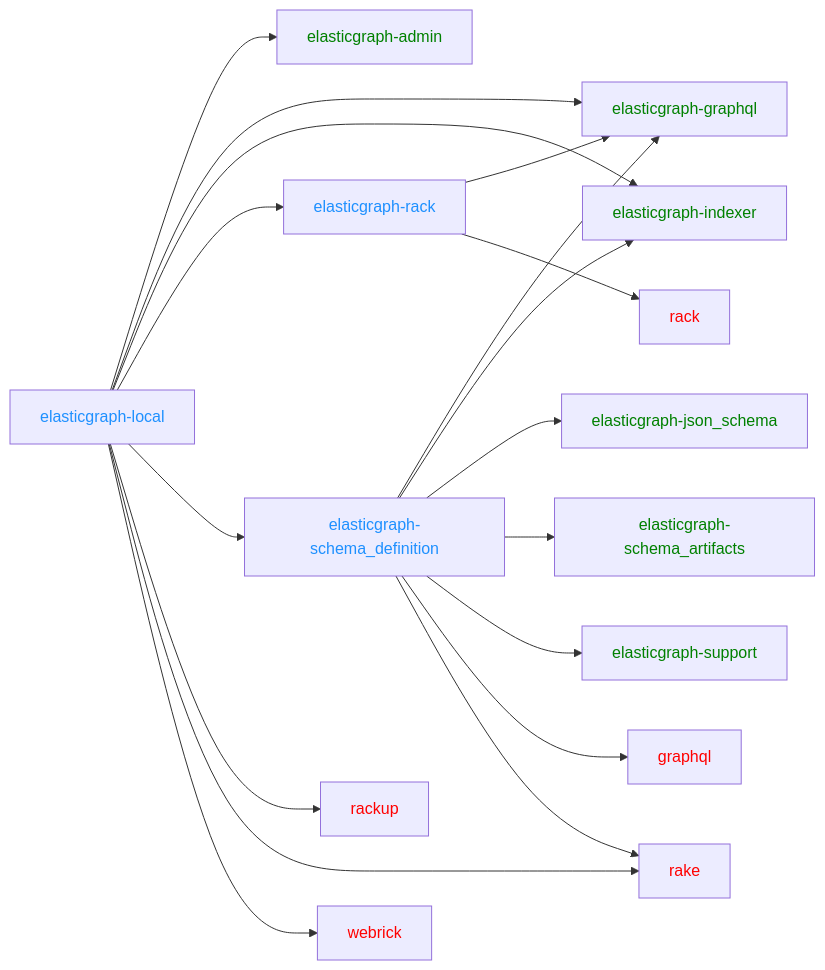
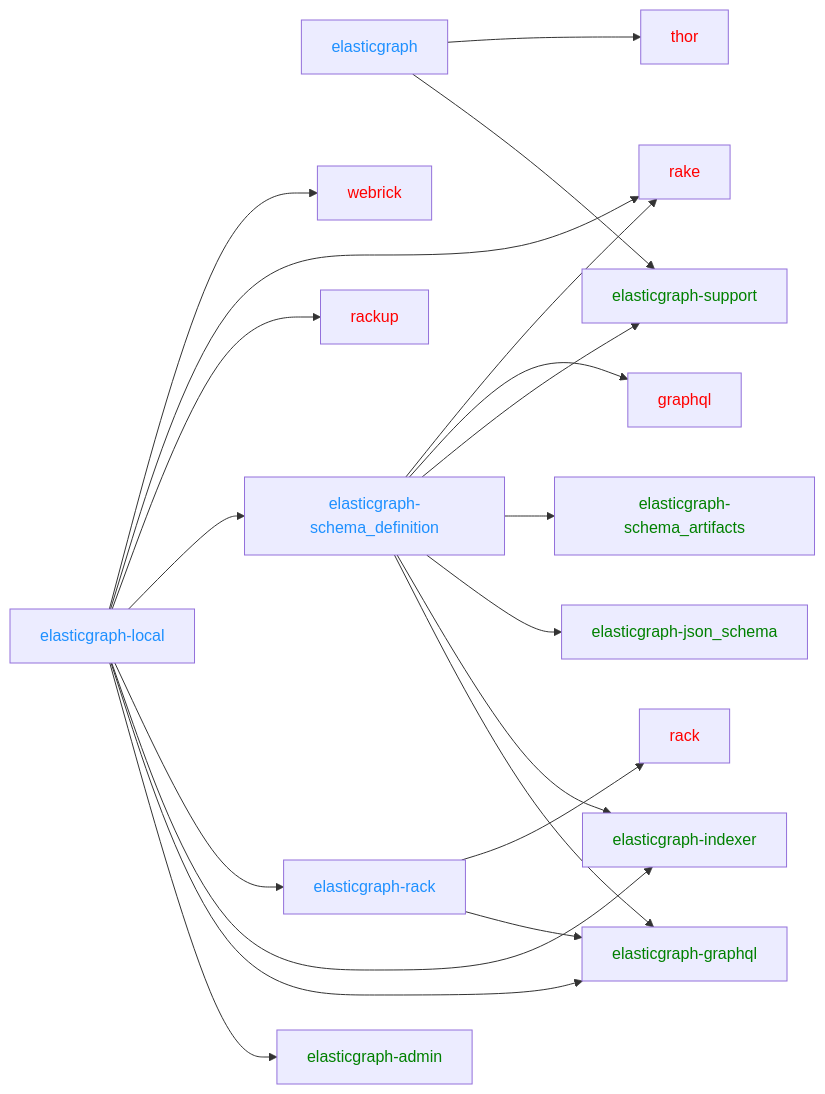
The fifth of 5 diagrams in CODEBASE_OVERVIEW.md (ciaran51/elasticgraph), drawn with Mermaid before and after one commit. The commit also changed 2 other files, not shown here.

Commit message:
Update CODEBASE_OVERVIEW.md. (#429)
- Move `elasticgraph` into the "local" category (it's not deployed to prod as it's only for bootstrapping).
- Update `script/update_codebase_overview` to ensure the output is in a consistent order.

````diff
--- a/CODEBASE_OVERVIEW.md
+++ b/CODEBASE_OVERVIEW.md
@@ -169,25 +165,29 @@
 ```mermaid
 graph LR;
+    elasticgraph --> elasticgraph-support & thor
     elasticgraph-local --> elasticgraph-admin & elasticgraph-graphql & elasticgraph-indexer & elasticgraph-rack & elasticgraph-schema_definition & rackup & rake & webrick
     elasticgraph-rack --> elasticgraph-graphql & rack
     elasticgraph-schema_definition --> elasticgraph-graphql & elasticgraph-indexer & elasticgraph-json_schema & elasticgraph-schema_artifacts & elasticgraph-support & graphql & rake
+    style elasticgraph color: DodgerBlue;
     style elasticgraph-local color: DodgerBlue;
     style elasticgraph-rack color: DodgerBlue;
     style elasticgraph-schema_definition color: DodgerBlue;
+    style elasticgraph-support color: Green;
+    style thor color: Red;
     style elasticgraph-admin color: Green;
     style elasticgraph-graphql color: Green;
     style elasticgraph-indexer color: Green;
     style rackup color: Red;
     style rake color: Red;
     style webrick color: Red;
     style rack color: Red;
     style elasticgraph-json_schema color: Green;
     style elasticgraph-schema_artifacts color: Green;
-    style elasticgraph-support color: Green;
     style graphql color: Red;
 click graphql href "https://rubygems.org/gems/graphql"
 click rack href "https://rubygems.org/gems/rack"
 click rackup href "https://rubygems.org/gems/rackup"
 click rake href "https://rubygems.org/gems/rake"
+click thor href "https://rubygems.org/gems/thor"
 click webrick href "https://rubygems.org/gems/webrick"
 ```
````
